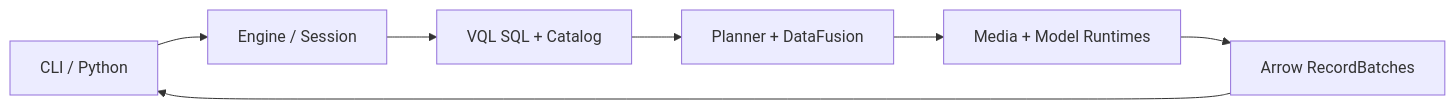
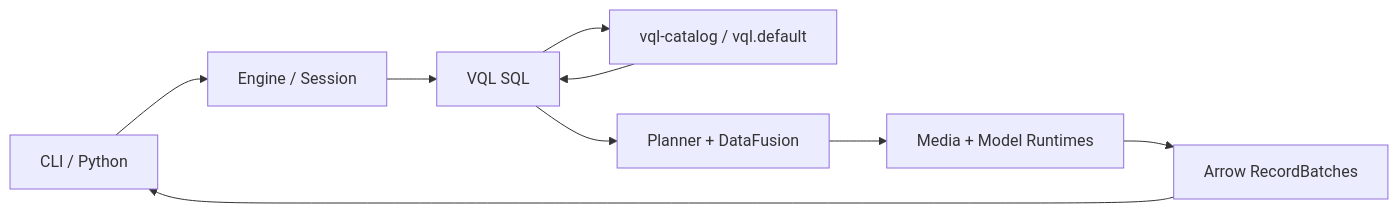
The diagram in README.md (zhenlohuang/visionql), drawn with Mermaid before and after one commit. The commit also changed other lines of this file and 62 other files, not shown here.

````diff
--- a/README.md
+++ b/README.md
@@ -252,9 +253,11 @@
 ```mermaid
 flowchart LR
     HOSTS["CLI / Python"] --> API["Engine / Session"]
-    API --> FRONTEND["VQL SQL + Catalog"]
+    API --> FRONTEND["VQL SQL"]
+    FRONTEND --> CATALOG["vql-catalog / vql.default"]
+    CATALOG --> FRONTEND
     FRONTEND --> PLAN["Planner + DataFusion"]
     PLAN --> RUNTIME["Media + Model Runtimes"]
     RUNTIME --> ARROW["Arrow RecordBatches"]
     ARROW --> HOSTS
 ```
````
